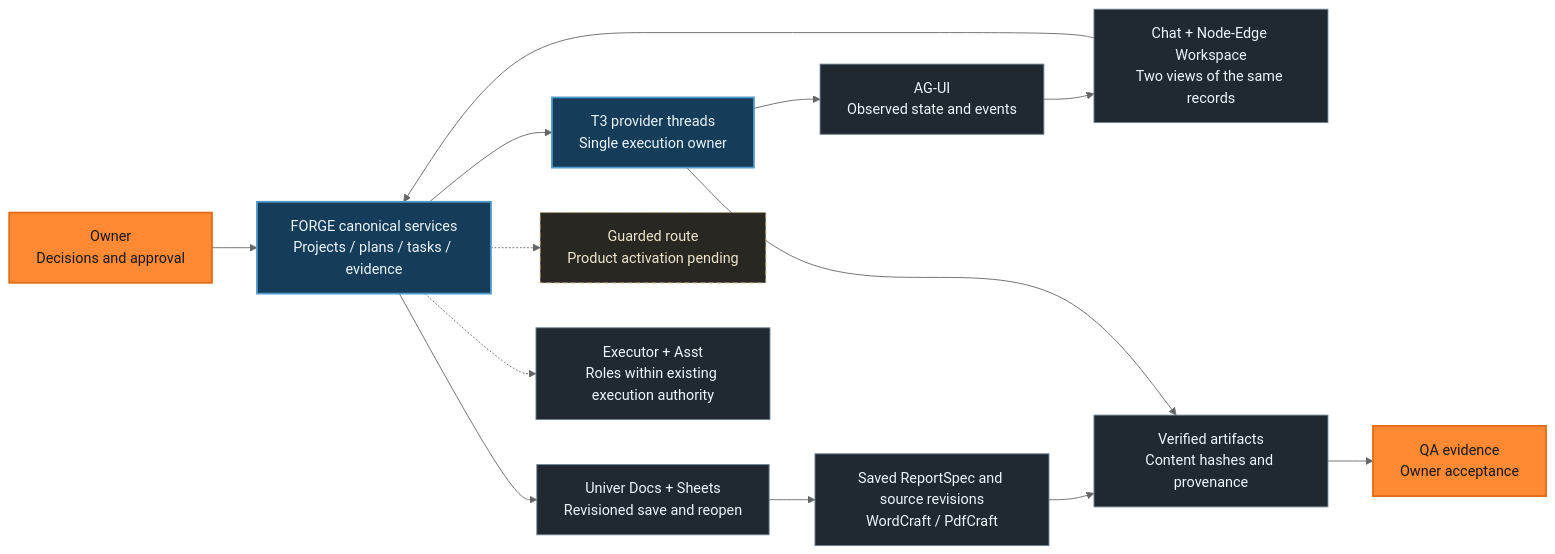
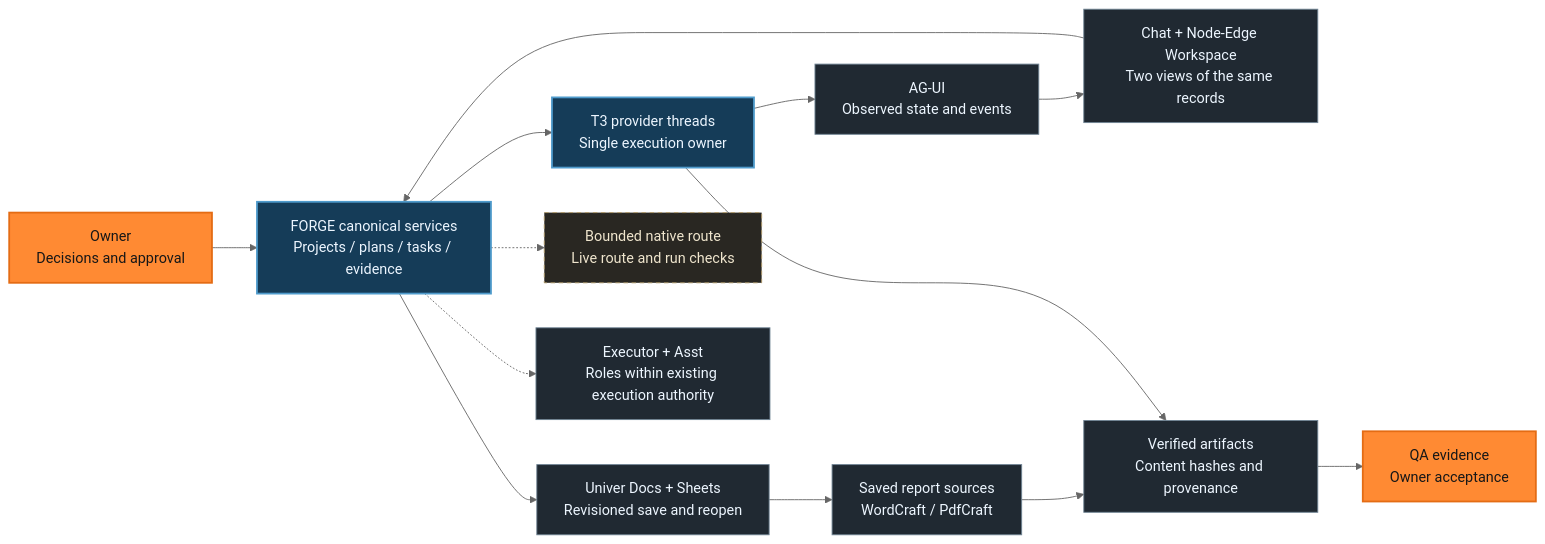
Before and after one commit to siriponsri/forge-agents: the diagram in docs/media/architecture.mmd, drawn with Mermaid (neutral theme). The commit also changed 2 other files, not shown here.

Commit message:
docs: align flow direction and bounded route qualification

```diff
--- a/docs/media/architecture.mmd
+++ b/docs/media/architecture.mmd
@@ -1,21 +1,21 @@
 flowchart LR
   Owner["Owner<br/>Decisions and approval"] --> Forge["FORGE canonical services<br/>Projects / plans / tasks / evidence"]
   Forge --> T3["T3 provider threads<br/>Single execution owner"]
   T3 --> Projection["AG-UI<br/>Observed state and events"]
   Projection --> Views["Chat + Node-Edge Workspace<br/>Two views of the same records"]
   Views --> Forge
   Forge --> Office["Univer Docs + Sheets<br/>Revisioned save and reopen"]
-  Office --> Reports["Saved ReportSpec and source revisions<br/>WordCraft / PdfCraft"]
+  Office --> Reports["Saved report sources<br/>WordCraft / PdfCraft"]
   Reports --> Artifacts["Verified artifacts<br/>Content hashes and provenance"]
   T3 --> Artifacts
   Artifacts --> Review["QA evidence<br/>Owner acceptance"]
-  Forge -.-> Guard["Guarded route<br/>Product activation pending"]
+  Forge -.-> Guard["Bounded native route<br/>Live route and run checks"]
   Forge -.-> Assist["Executor + Asst<br/>Roles within existing execution authority"]
   classDef owner fill:#ff8a33,color:#171717,stroke:#e46c14,stroke-width:2px;
   classDef core fill:#153c58,color:#edf6ff,stroke:#4f9bcc,stroke-width:2px;
   classDef data fill:#202932,color:#edf6ff,stroke:#708494;
   classDef pending fill:#292722,color:#efe5cd,stroke:#ad9666,stroke-dasharray:5 4;
   class Owner,Review owner;
   class Forge,T3 core;
   class Projection,Views,Office,Reports,Artifacts,Assist data;
   class Guard pending;
```
